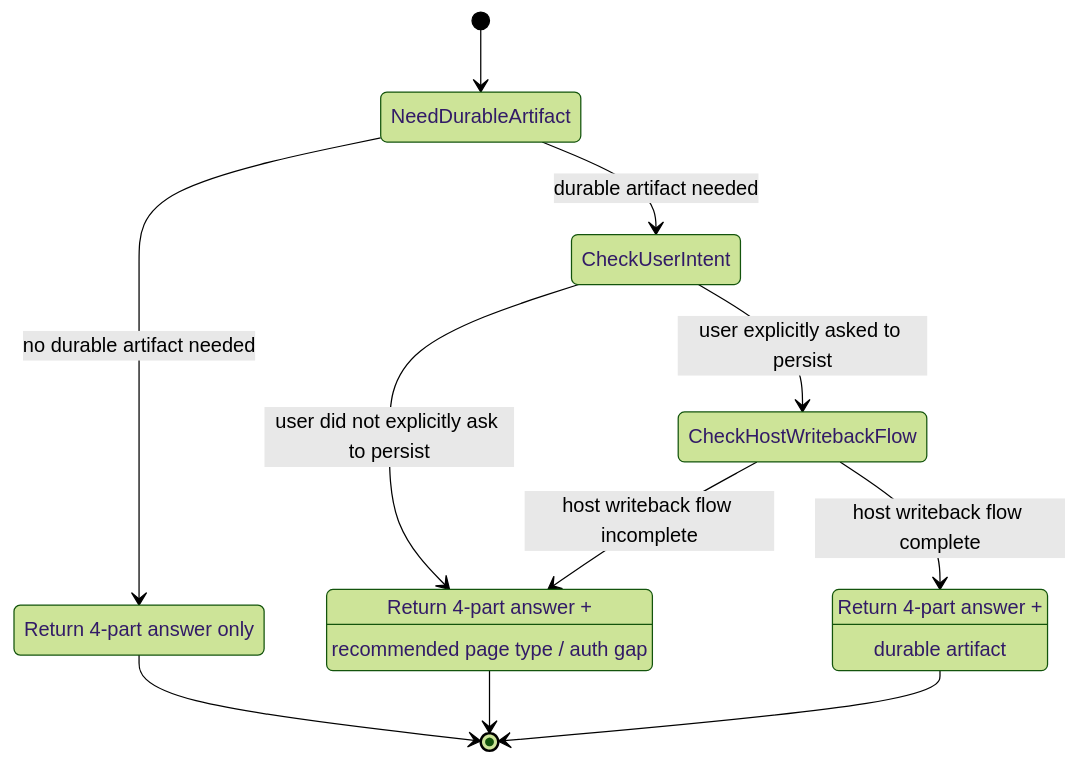
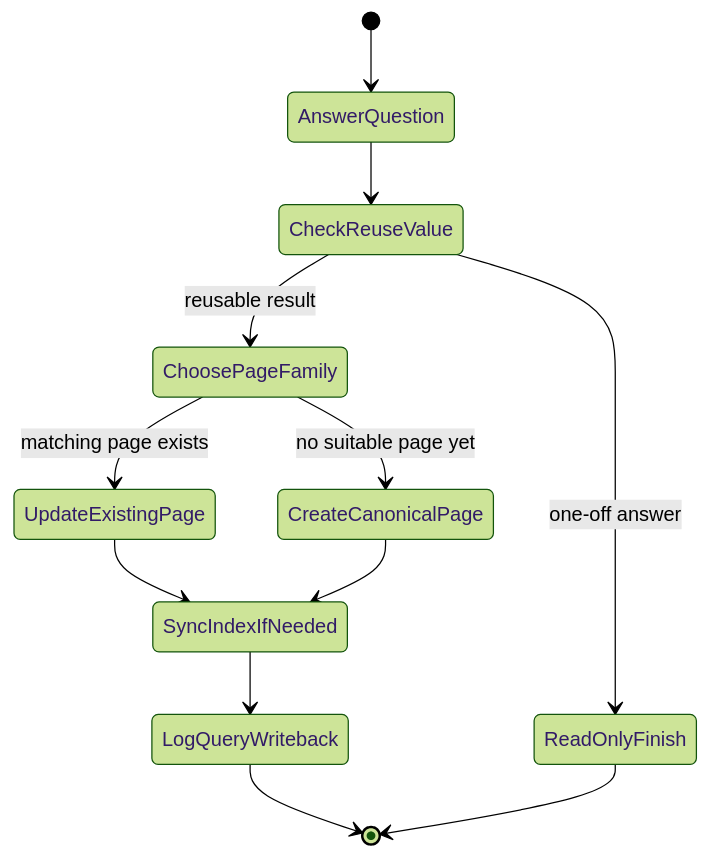
Before and after one commit to Thrimbda/legion-mind: the first of 2 diagrams in skills/llm-wiki/SKILL.md, drawn with Mermaid (forest theme). The commit also changed other lines of this file and 8 other files, not shown here.

````diff
--- a/skills/llm-wiki/SKILL.md
+++ b/skills/llm-wiki/SKILL.md
@@ -34,23 +42,18 @@
 ```mermaid
 stateDiagram-v2
-    [*] --> NeedDurableArtifact
+    [*] --> AnswerQuestion
+    AnswerQuestion --> CheckReuseValue
 
-    NeedDurableArtifact --> ReadOnlyAnswer: no durable artifact needed
-    NeedDurableArtifact --> CheckUserIntent: durable artifact needed
+    CheckReuseValue --> ReadOnlyFinish: one-off answer
+    CheckReuseValue --> ChoosePageFamily: reusable result
 
-    CheckUserIntent --> SuggestPersist: user did not explicitly ask to persist
-    CheckUserIntent --> CheckHostWritebackFlow: user explicitly asked to persist
+    ChoosePageFamily --> UpdateExistingPage: matching page exists
+    ChoosePageFamily --> CreateCanonicalPage: no suitable page yet
 
-    CheckHostWritebackFlow --> SuggestPersist: host writeback flow incomplete
-    CheckHostWritebackFlow --> AuthorizedWriteback: host writeback flow complete
+    UpdateExistingPage --> SyncIndexIfNeeded
+    CreateCanonicalPage --> SyncIndexIfNeeded
 
-    ReadOnlyAnswer: Return 4-part answer only
-    SuggestPersist: Return 4-part answer +
-    SuggestPersist: recommended page type / auth gap
-    AuthorizedWriteback: Return 4-part answer +
-    AuthorizedWriteback: durable artifact
-
-    ReadOnlyAnswer --> [*]
-    SuggestPersist --> [*]
-    AuthorizedWriteback --> [*]
+    SyncIndexIfNeeded --> LogQueryWriteback
+    LogQueryWriteback --> [*]
+    ReadOnlyFinish --> [*]
 ```
````
